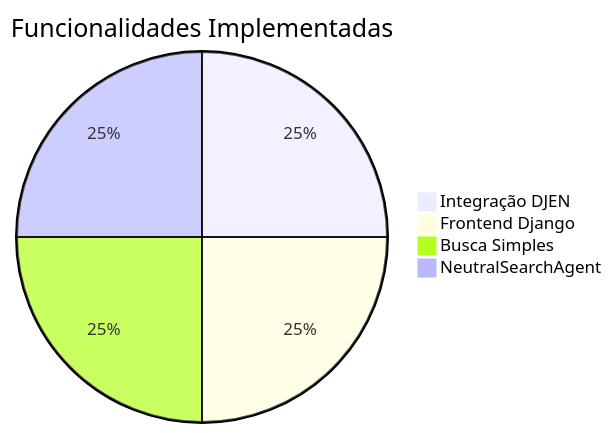
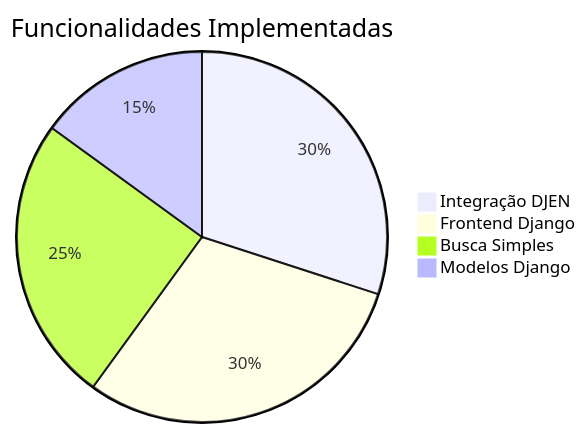
The seventh of 9 diagrams in documentacao/architecture/apresentacao_sistema_visual.md (ftorres92/juris-dev-agil), drawn with Mermaid before and after one commit. The commit also changed other lines of this file, not shown here.

````diff
--- a/documentacao/architecture/apresentacao_sistema_visual.md
+++ b/documentacao/architecture/apresentacao_sistema_visual.md
@@ -426,7 +309,7 @@
 ```mermaid
 pie title Funcionalidades Implementadas
-    "Integração DJEN" : 25
-    "Frontend Django" : 25
+    "Integração DJEN" : 30
+    "Frontend Django" : 30
     "Busca Simples" : 25
-    "NeutralSearchAgent" : 25
+    "Modelos Django" : 15
 ```
````
